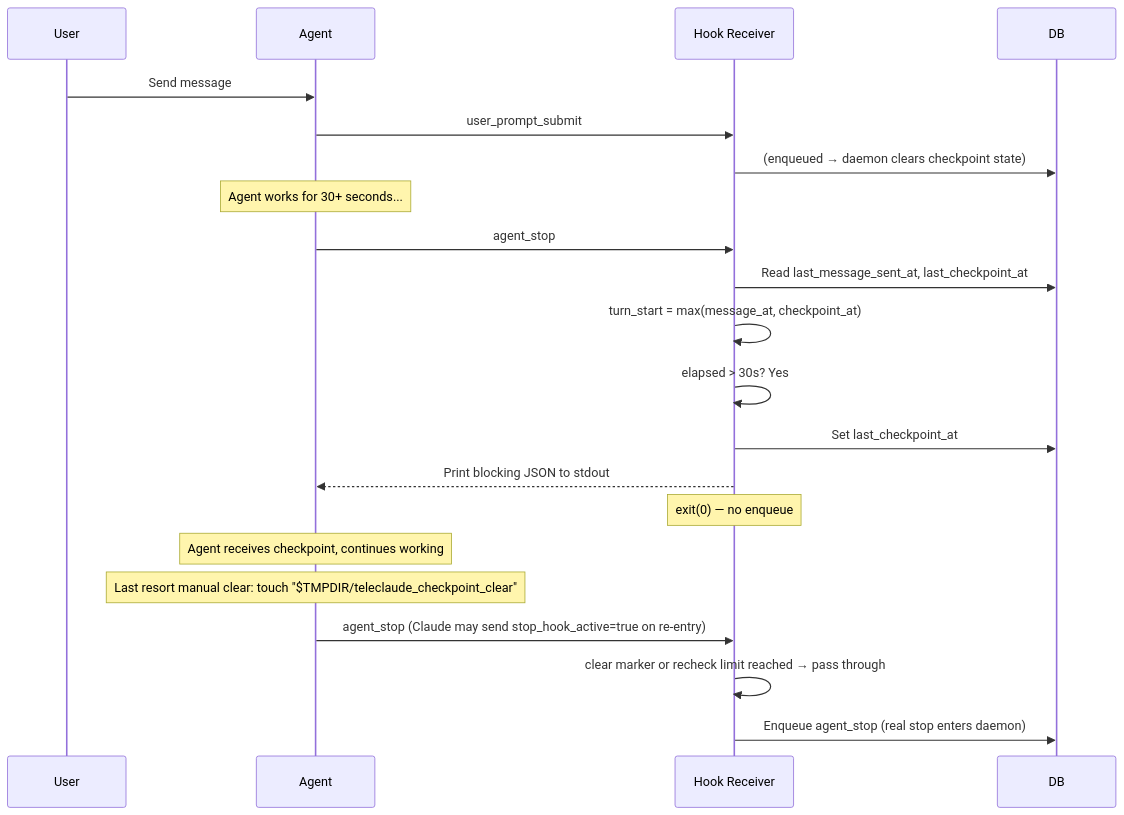
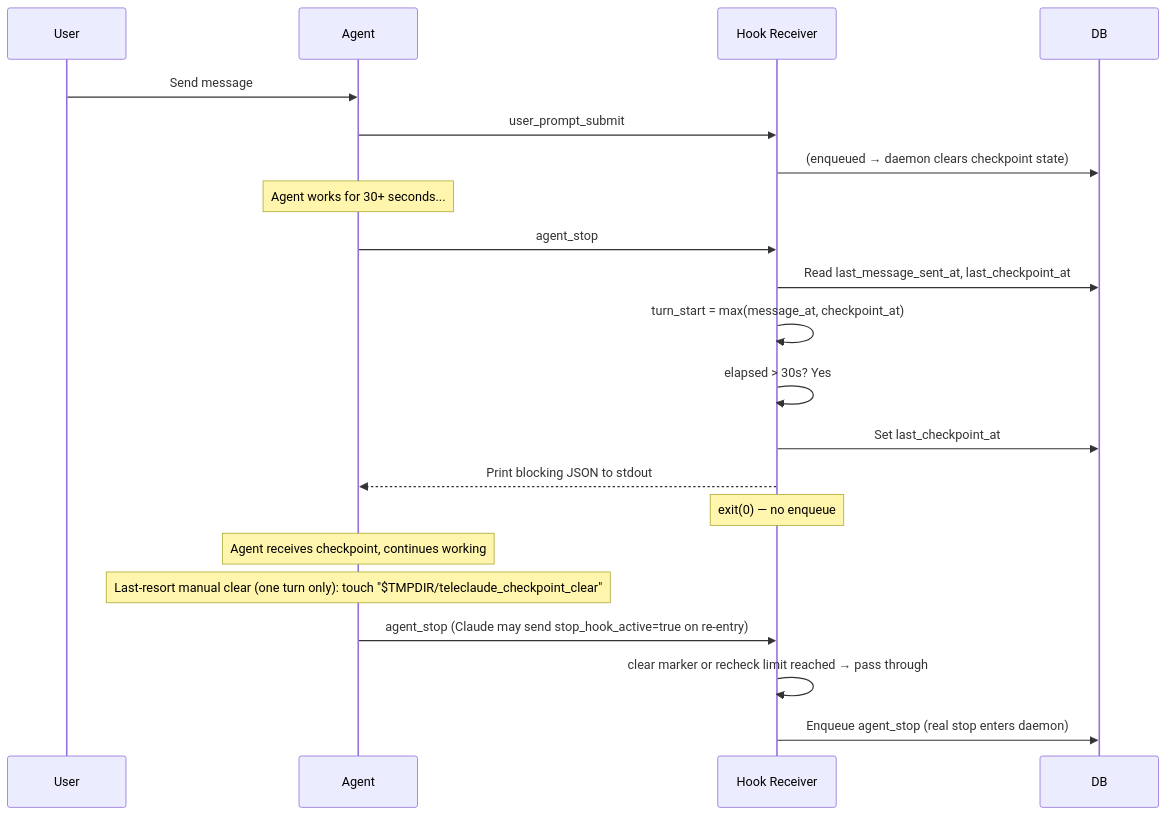
Before and after one commit to InstruktAI/TeleClaude: the second of 5 diagrams in docs/project/design/architecture/checkpoint-system.md, drawn with Mermaid. The commit also changed other lines of this file and 10 other files, not shown here.

````diff
--- a/docs/project/design/architecture/checkpoint-system.md
+++ b/docs/project/design/architecture/checkpoint-system.md
@@ -119,27 +124,27 @@
 ```mermaid
 sequenceDiagram
     participant User
     participant Agent
     participant Hook as Hook Receiver
     participant DB
 
     User->>Agent: Send message
     Agent->>Hook: user_prompt_submit
     Hook->>DB: (enqueued → daemon clears checkpoint state)
 
     Note over Agent: Agent works for 30+ seconds...
 
     Agent->>Hook: agent_stop
     Hook->>DB: Read last_message_sent_at, last_checkpoint_at
     Hook->>Hook: turn_start = max(message_at, checkpoint_at)
     Hook->>Hook: elapsed > 30s? Yes
     Hook->>DB: Set last_checkpoint_at
     Hook-->>Agent: Print blocking JSON to stdout
     Note over Hook: exit(0) — no enqueue
 
     Note over Agent: Agent receives checkpoint, continues working
-    Note over Agent: Last resort manual clear: touch "$TMPDIR/teleclaude_checkpoint_clear"
+    Note over Agent: Last-resort manual clear (one turn only): touch "$TMPDIR/teleclaude_checkpoint_clear"
     Agent->>Hook: agent_stop (Claude may send stop_hook_active=true on re-entry)
     Hook->>Hook: clear marker or recheck limit reached → pass through
     Hook->>DB: Enqueue agent_stop (real stop enters daemon)
 ```
````
